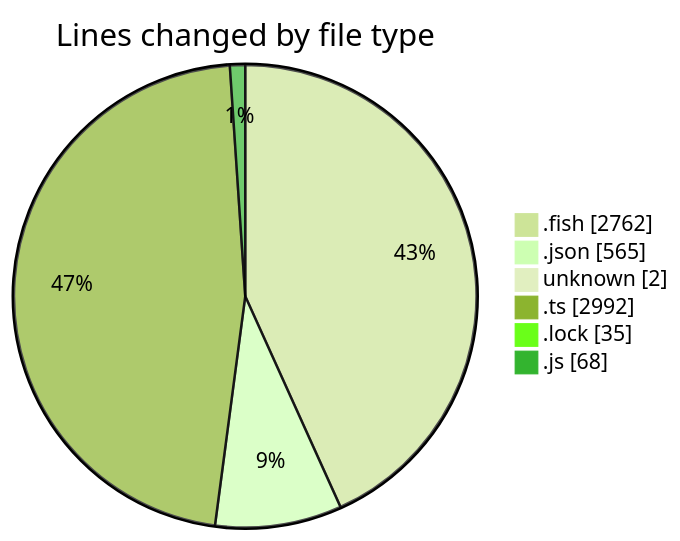
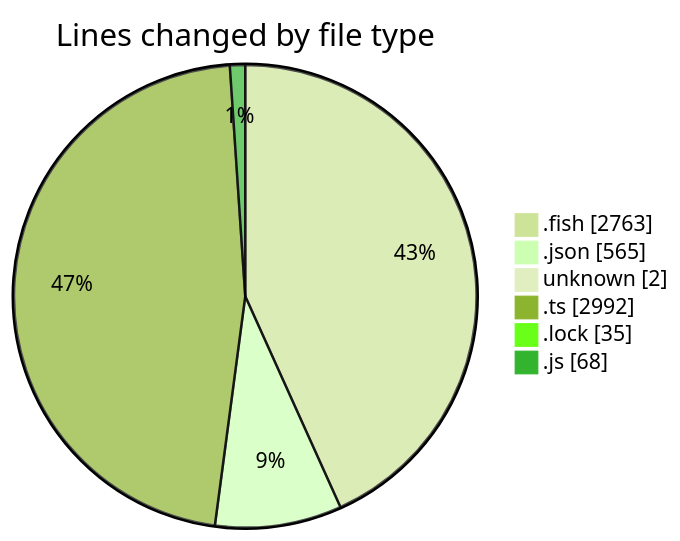
One commit to EIIisD/code-tracking changed the first of 2 diagrams in 2025-07-12/fish/README.md. Above: the diagram before and after it, drawn with Mermaid (forest theme). The commit also changed other lines of this file and 1 other file, not shown here.

````diff
--- a/2025-07-12/fish/README.md
+++ b/2025-07-12/fish/README.md
@@ -156,10 +156,10 @@
 ```mermaid
 pie showData
 title Lines changed by file type
-".fish" : 2762
+".fish" : 2763
 ".json" : 565
 "unknown" : 2
 ".ts" : 2992
 ".lock" : 35
 ".js" : 68
 ```
````
